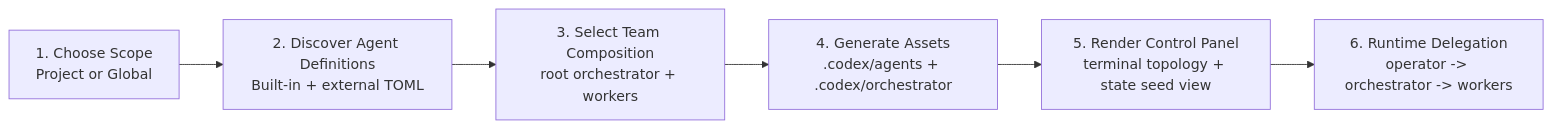
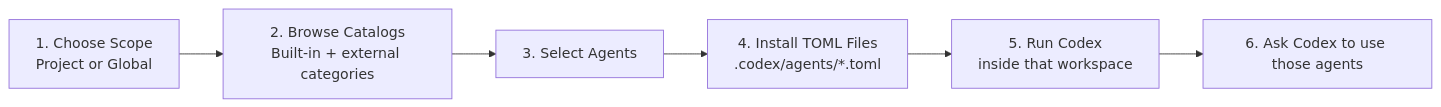
One commit to 17-sss/codex-subagent-kit changed the first of 2 diagrams in docs/UNDERSTANDING_AND_WORKFLOW.md. Above: the diagram before and after it, drawn with Mermaid. The commit also changed other lines of this file and 10 other files, not shown here.

````diff
--- a/docs/UNDERSTANDING_AND_WORKFLOW.md
+++ b/docs/UNDERSTANDING_AND_WORKFLOW.md
@@ -74,11 +51,11 @@
 ```mermaid
 flowchart LR
     A["1. Choose Scope<br/>Project or Global"]
-    B["2. Discover Agent Definitions<br/>Built-in + external TOML"]
-    C["3. Select Team Composition<br/>root orchestrator + workers"]
-    D["4. Generate Assets<br/>.codex/agents + .codex/orchestrator"]
-    E["5. Render Control Panel<br/>terminal topology + state seed view"]
-    F["6. Runtime Delegation<br/>operator -> orchestrator -> workers"]
+    B["2. Browse Catalogs<br/>Built-in + external categories"]
+    C["3. Select Agents"]
+    D["4. Install TOML Files<br/>.codex/agents/*.toml"]
+    E["5. Run Codex<br/>inside that workspace"]
+    F["6. Ask Codex to use those agents"]
 
     A --> B --> C --> D --> E --> F
 ```
````
